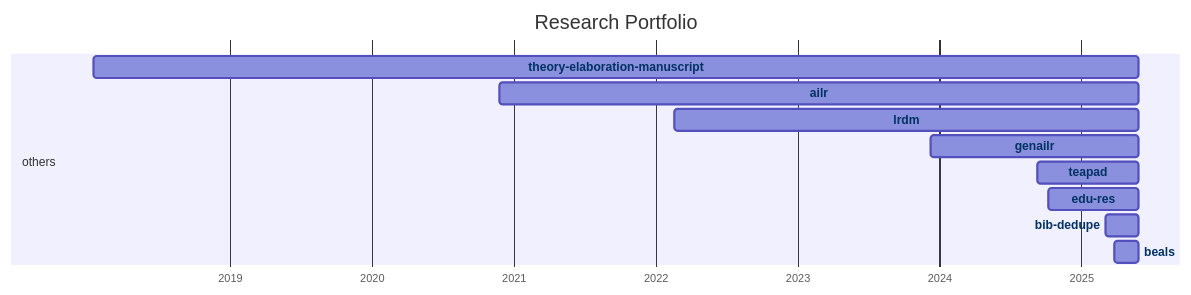
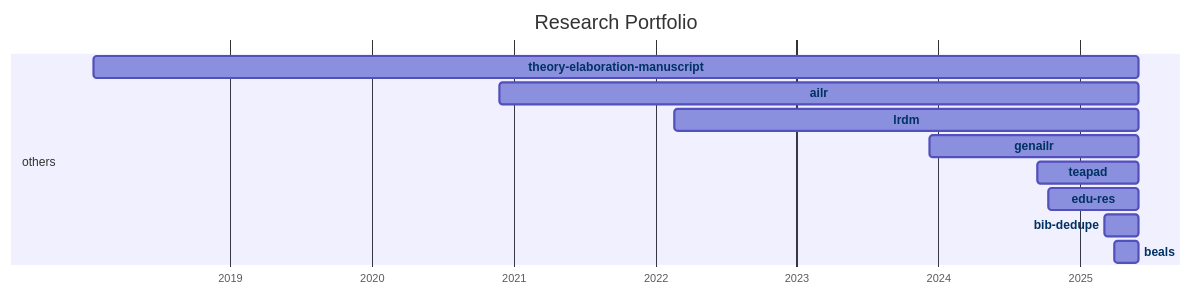
Before and after one commit to digital-work-lab/handbook: the diagram in docs/20-research/25-projects-gantt.md, drawn with Mermaid.

Commit message:
Update repository overview

````diff
--- a/docs/20-research/25-projects-gantt.md
+++ b/docs/20-research/25-projects-gantt.md
@@ -8,35 +8,35 @@
 ```mermaid
 ---
 displayMode: compact
 ---
 gantt
 title Research Portfolio
 dateFormat YYYY-MM-DD
 axisFormat %Y
 
     section work_practices
 
     section distributed_organizing
 
     section knowledge_synthesis
 
     section others
-        beals :beals, 2025-03-28, 2025-05-29
-        bib-dedupe :bib-dedupe, 2025-03-04, 2025-05-29
-        edu-res :edu-res, 2024-10-10, 2025-05-29
-        teapad :teapad, 2024-09-10, 2025-05-29
-        genailr :genailr, 2023-12-10, 2025-05-29
-        lrdm :lrdm, 2022-02-20, 2025-05-29
-        ailr :ailr, 2020-11-26, 2025-05-29
-        theory-elaboration-manuscript :theory-elaboration-manuscript, 2018-01-15, 2025-05-29
+        beals :beals, 2025-03-28, 2025-05-30
+        bib-dedupe :bib-dedupe, 2025-03-04, 2025-05-30
+        edu-res :edu-res, 2024-10-10, 2025-05-30
+        teapad :teapad, 2024-09-10, 2025-05-30
+        genailr :genailr, 2023-12-10, 2025-05-30
+        lrdm :lrdm, 2022-02-20, 2025-05-30
+        ailr :ailr, 2020-11-26, 2025-05-30
+        theory-elaboration-manuscript :theory-elaboration-manuscript, 2018-01-15, 2025-05-30
 
 
     click beals href "{{ site.baseurl }}/docs/20-research/25-projects/_repos/beals"
     click bib-dedupe href "{{ site.baseurl }}/docs/20-research/25-projects/_repos/bib-dedupe"
     click edu-res href "{{ site.baseurl }}/docs/20-research/25-projects/_repos/edu-res"
     click teapad href "{{ site.baseurl }}/docs/20-research/25-projects/_repos/teapad"
     click genailr href "{{ site.baseurl }}/docs/20-research/25-projects/_repos/genailr"
     click lrdm href "{{ site.baseurl }}/docs/20-research/25-projects/_repos/lrdm"
     click ailr href "{{ site.baseurl }}/docs/20-research/25-projects/_repos/ailr"
     click theory-elaboration-manuscript href "{{ site.baseurl }}/docs/20-research/25-projects/_repos/theory-elaboration-manuscript"
 ```
````
